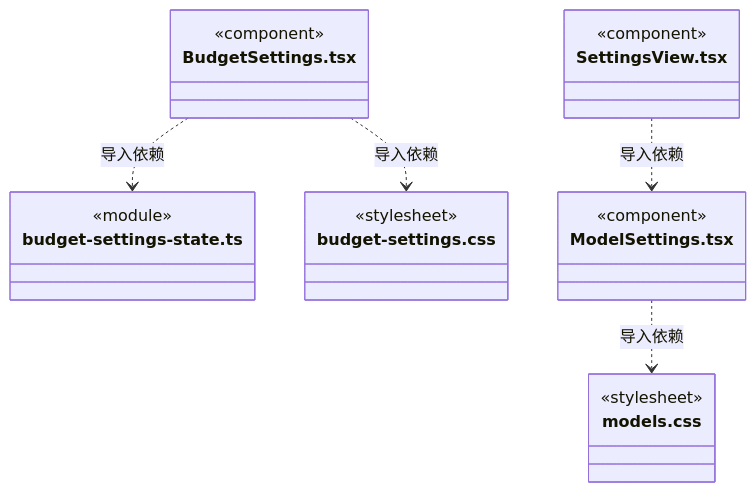
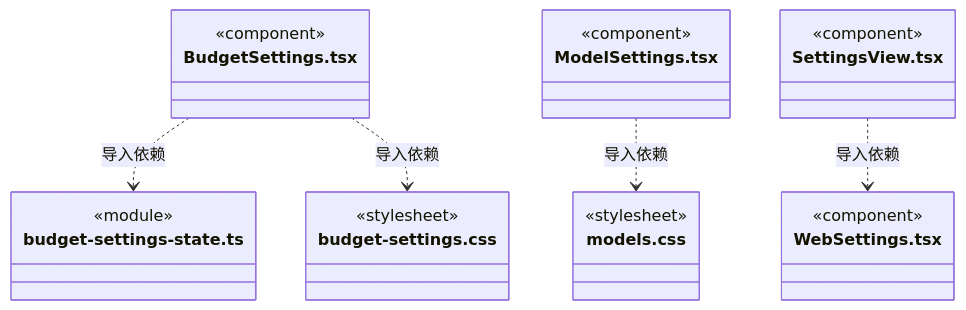
One commit to nan023062/cbim changed diagram 11 of 13 in src/frontend/settings/ARCHITECTURE.md. Above: the diagram before and after it, drawn with Mermaid. The commit also changed other lines of this file and 41 other files, not shown here.

````diff
--- a/src/frontend/settings/ARCHITECTURE.md
+++ b/src/frontend/settings/ARCHITECTURE.md
@@ -159,25 +172,28 @@
 ```mermaid
 classDiagram
 class N_src_frontend_settings_BudgetSettings_tsx["BudgetSettings.tsx"] {
   <<component>>
 }
 class N_src_frontend_settings_budget_settings_state_ts["budget-settings-state.ts"] {
   <<module>>
 }
 class N_src_frontend_settings_budget_settings_css["budget-settings.css"] {
   <<stylesheet>>
 }
 class N_src_frontend_settings_ModelSettings_tsx["ModelSettings.tsx"] {
   <<component>>
 }
 class N_src_frontend_settings_models_css["models.css"] {
   <<stylesheet>>
 }
 class N_src_frontend_settings_SettingsView_tsx["SettingsView.tsx"] {
   <<component>>
 }
+class N_src_frontend_settings_WebSettings_tsx["WebSettings.tsx"] {
+  <<component>>
+}
 N_src_frontend_settings_BudgetSettings_tsx ..> N_src_frontend_settings_budget_settings_state_ts : 导入依赖
 N_src_frontend_settings_BudgetSettings_tsx ..> N_src_frontend_settings_budget_settings_css : 导入依赖
 N_src_frontend_settings_ModelSettings_tsx ..> N_src_frontend_settings_models_css : 导入依赖
-N_src_frontend_settings_SettingsView_tsx ..> N_src_frontend_settings_ModelSettings_tsx : 导入依赖
+N_src_frontend_settings_SettingsView_tsx ..> N_src_frontend_settings_WebSettings_tsx : 导入依赖
 ```
````
